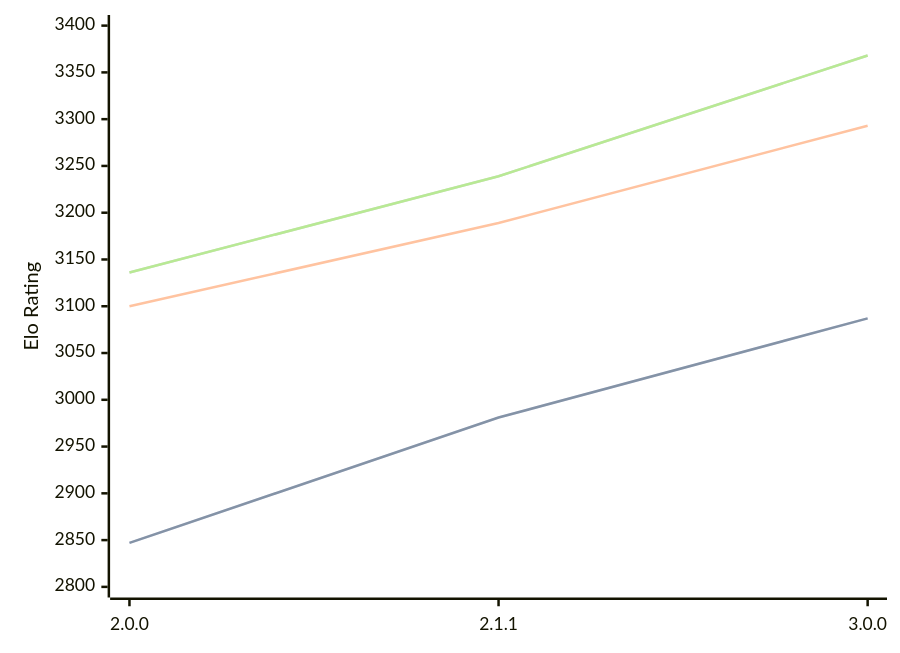
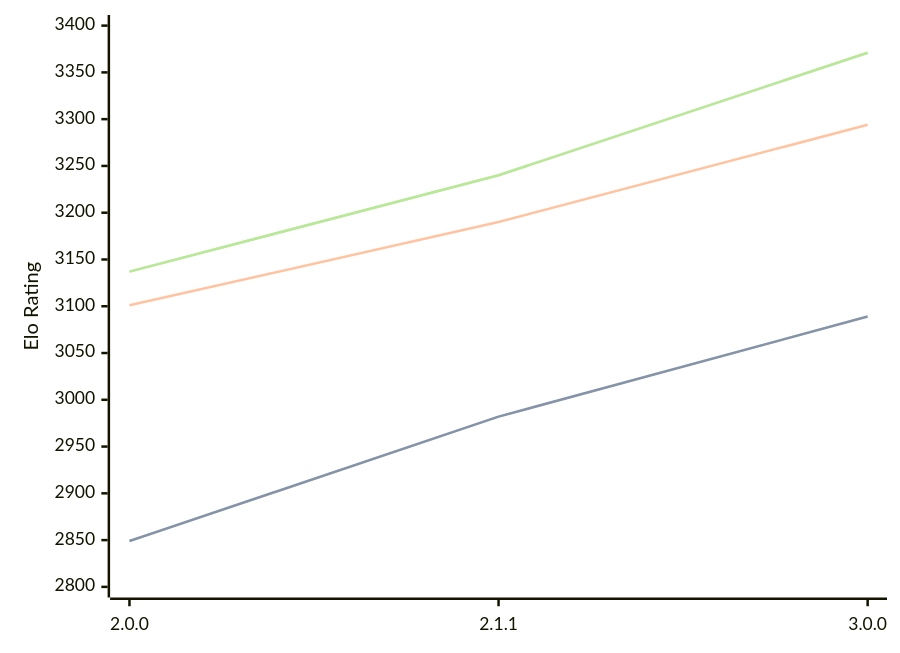
The diagram in engines/Bread.md (computer-chess-index/cci), drawn with Mermaid before and after one commit. The commit also changed other lines of this file, not shown here.

Commit message:
Update CCI Ratings (ELO VLTC) - 2026-06-11

````diff
--- a/engines/Bread.md
+++ b/engines/Bread.md
@@ -52,11 +52,11 @@
 ```mermaid
 %%{init: {"theme":"base","themeVariables":{"seriesColors:['#a3a3a3','#222221','#faa371']}}}%%
 xychart-beta
   x-axis ["2.0.0", "2.1.1", "3.0.0"]
   y-axis "Elo Rating" 2800 --> 3400
-  line "STC (8.0+0.08s)" [2847, 2981, 3087]
-  line "STC (8.0+0.08s)" [2847, 2981, 3087]
-  line "LTC (60.0+0.60s)" [3100, 3189, 3293]
-  line "VLTC (2m24s+1.12s)" [3136, 3239, 3368]
-  line "VLTC (2m24s+1.12s)" [3136, 3239, 3368]
+  line "STC (8.0+0.08s)" [2849, 2982, 3089]
+  line "STC (8.0+0.08s)" [2849, 2982, 3089]
+  line "LTC (60.0+0.60s)" [3101, 3190, 3294]
+  line "VLTC (2m24s+1.12s)" [3137, 3240, 3371]
+  line "VLTC (2m24s+1.12s)" [3137, 3240, 3371]
 ```
````
